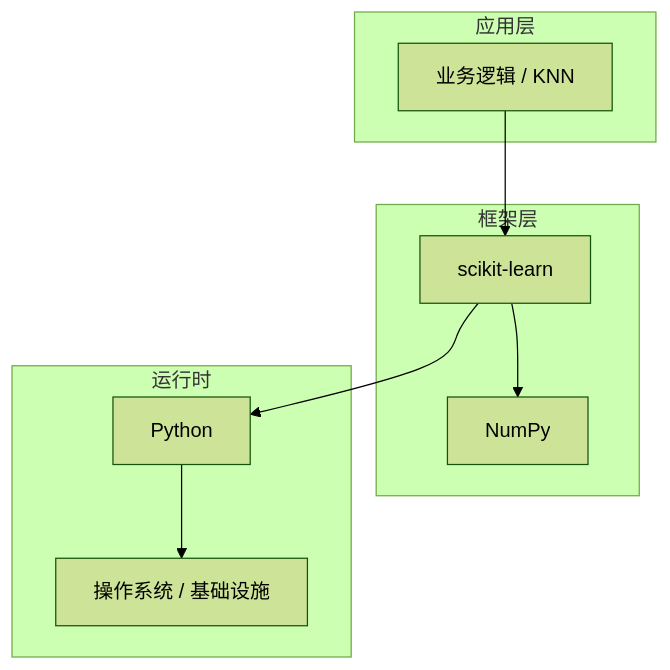
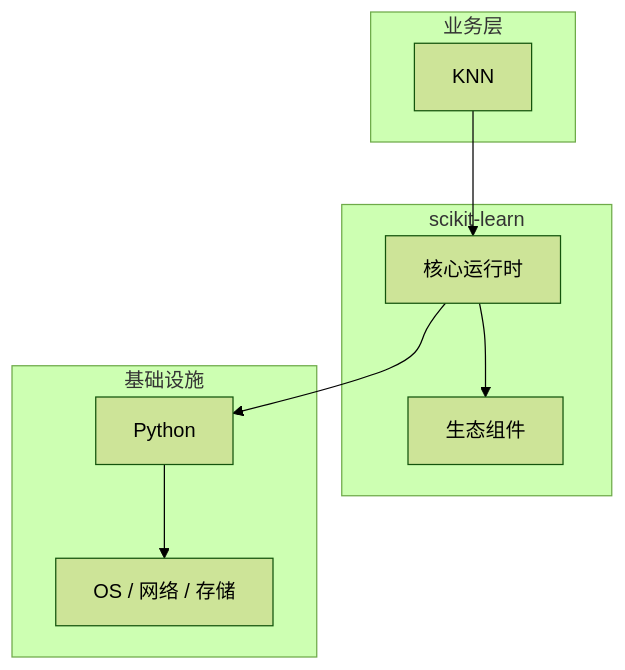
The diagram in articles/机器学习/chapters/057-KNN核心概念与原理.md (yanggan2015/knowledge-json-v2), drawn with Mermaid (forest theme) before and after one commit. The commit also changed other lines of this file and 10127 other files, not shown here.

````diff
--- a/articles/机器学习/chapters/057-KNN核心概念与原理.md
+++ b/articles/机器学习/chapters/057-KNN核心概念与原理.md
@@ -45,18 +30,18 @@
 ```mermaid
 graph TB
-    subgraph 应用层
-        A[业务逻辑 / KNN]
+    subgraph 业务层
+        A[KNN]
     end
-    subgraph 框架层
-        B[scikit-learn]
-        C[NumPy]
+    subgraph scikit-learn
+        B[核心运行时]
+        C[生态组件]
     end
-    subgraph 运行时
+    subgraph 基础设施
         D[Python]
-        E[操作系统 / 基础设施]
+        E[OS / 网络 / 存储]
     end
     A --> B
     B --> C
     B --> D
     D --> E
 ```
````
